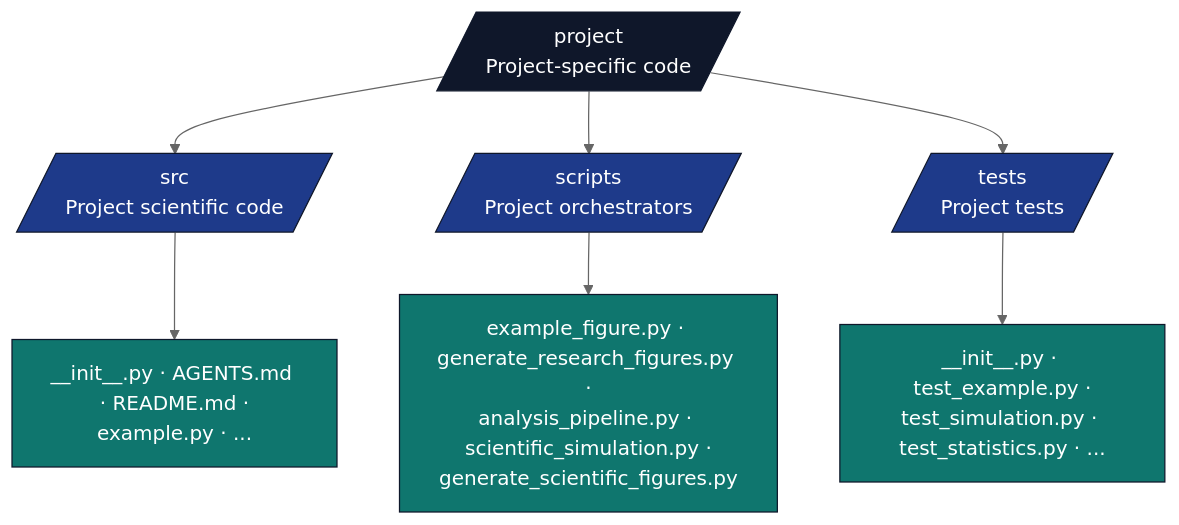
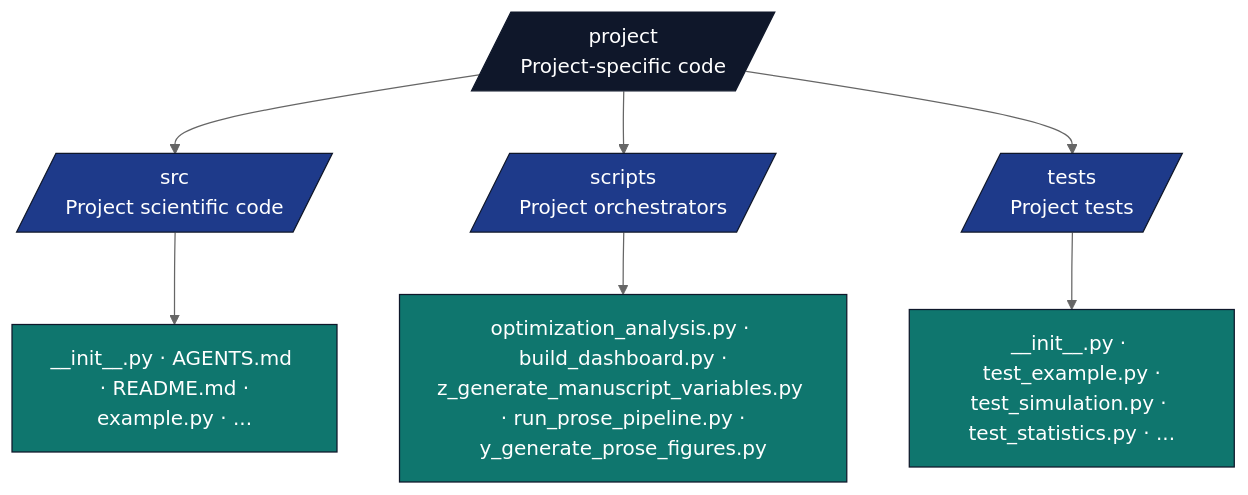
One commit to docxology/template changed the sixth of 9 diagrams in docs/architecture/two-layer-architecture.md. Above: the diagram before and after it, drawn with Mermaid (neutral theme). The commit also changed 128 other files, not shown here.

````diff
--- a/docs/architecture/two-layer-architecture.md
+++ b/docs/architecture/two-layer-architecture.md
@@ -296,18 +296,18 @@
 ```mermaid
 flowchart TB
     PROJ[/project<br/>Project-specific code/]
     PROJ --> SRC[/src<br/>Project scientific code/]
     PROJ --> SC[/scripts<br/>Project orchestrators/]
     PROJ --> T[/tests<br/>Project tests/]
 
     SRC --> SRC_FILES[__init__.py · AGENTS.md · README.md ·<br/>example.py · ...]
-    SC --> SC_FILES[example_figure.py · generate_research_figures.py ·<br/>analysis_pipeline.py · scientific_simulation.py ·<br/>generate_scientific_figures.py]
+    SC --> SC_FILES[optimization_analysis.py · build_dashboard.py ·<br/>z_generate_manuscript_variables.py · run_prose_pipeline.py ·<br/>y_generate_prose_figures.py]
     T --> T_FILES[__init__.py · test_example.py ·<br/>test_simulation.py · test_statistics.py · ...]
 
     classDef d fill:#0f172a,stroke:#0f172a,color:#fff
     classDef pkg fill:#1e3a8a,stroke:#0f172a,color:#fff
     classDef f fill:#0f766e,stroke:#0f172a,color:#fff
     class PROJ d
     class SRC,SC,T pkg
     class SRC_FILES,SC_FILES,T_FILES f
 ```
````
